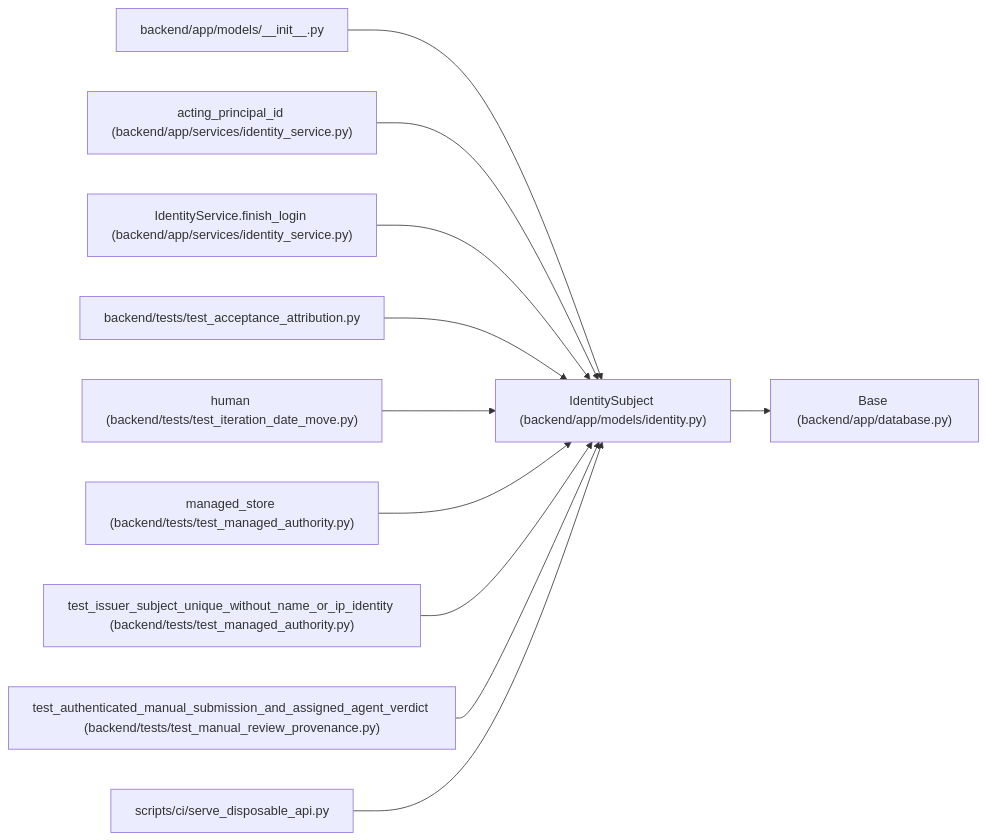
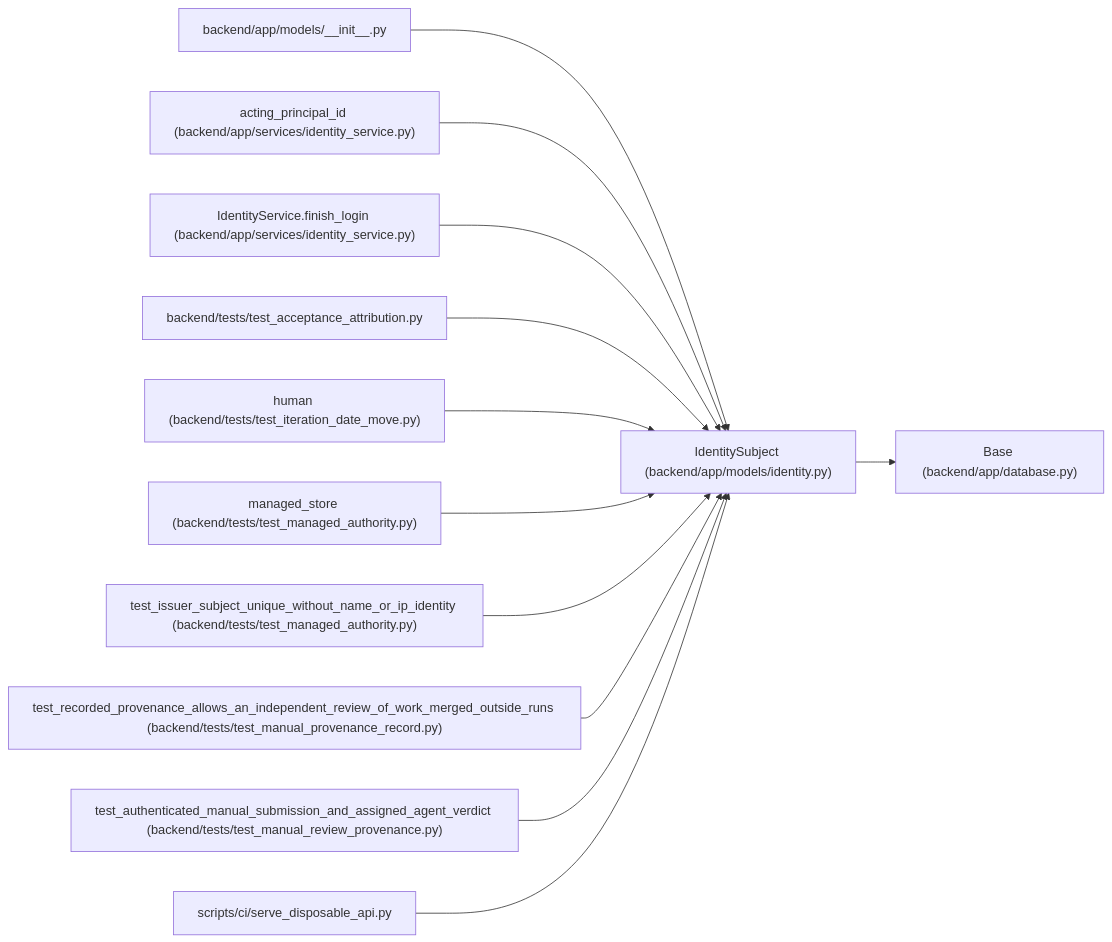
Before and after one commit to Denissvgn/WorkChord: the diagram in docs/llm_wiki/entities/IdentitySubject.md, drawn with Mermaid. The commit also changed other lines of this file and 880 other files, not shown here.

Commit message:
Sync the architectural wiki for manual execution provenance

````diff
--- a/docs/llm_wiki/entities/IdentitySubject.md
+++ b/docs/llm_wiki/entities/IdentitySubject.md
@@ -29,35 +29,38 @@
 ```mermaid
 flowchart LR
     n0["IdentitySubject (backend/app/models/identity.py)"]
     n1["Base (backend/app/database.py)"]
     n2["backend/app/models/__init__.py"]
     n3["acting_principal_id (backend/app/services/identity_service.py)"]
     n4["IdentityService.finish_login (backend/app/services/identity_service.py)"]
     n5["backend/tests/test_acceptance_attribution.py"]
     n6["human (backend/tests/test_iteration_date_move.py)"]
     n7["managed_store (backend/tests/test_managed_authority.py)"]
     n8["test_issuer_subject_unique_without_name_or_ip_identity (backend/tests/test_managed_authority.py)"]
-    n9["test_authenticated_manual_submission_and_assigned_agent_verdict (backend/tests/test_manual_review_provenance.py)"]
-    n10["scripts/ci/serve_disposable_api.py"]
+    n9["test_recorded_provenance_allows_an_independent_review_of_work_merged_outside_runs (backend/tests/test_manual_provenance_record.py)"]
+    n10["test_authenticated_manual_submission_and_assigned_agent_verdict (backend/tests/test_manual_review_provenance.py)"]
+    n11["scripts/ci/serve_disposable_api.py"]
     n0 --> n1
     n2 --> n0
     n3 --> n0
     n4 --> n0
     n5 --> n0
     n6 --> n0
     n7 --> n0
     n8 --> n0
     n9 --> n0
     n10 --> n0
+    n11 --> n0
     click n0 "../modules/models_identity.md"
     click n1 "../modules/app_database.md"
     click n2 "../modules/models___init__.md"
     click n3 "../modules/identity_service.md"
     click n4 "../modules/identity_service.md"
     click n5 "../modules/test_acceptance_attribution.md"
     click n6 "../modules/test_iteration_date_move.md"
     click n7 "../modules/test_managed_authority.md"
     click n8 "../modules/test_managed_authority.md"
-    click n9 "../modules/test_manual_review_provenance.md"
-    click n10 "../modules/serve_disposable_api.md"
+    click n9 "../modules/test_manual_provenance_record.md"
+    click n10 "../modules/test_manual_review_provenance.md"
+    click n11 "../modules/serve_disposable_api.md"
 ```
````
